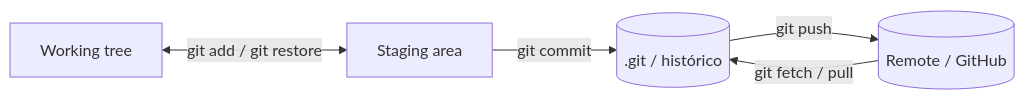
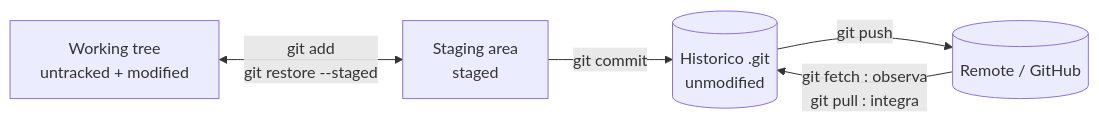
One commit to BerniloBernardo-boot/Git-e-GitHub changed the second of 3 diagrams in 01-Fundamentos/02-Ciclo-de-vida-dos-ficheiros.md. Above: the diagram before and after it, drawn with Mermaid. The commit also changed other lines of this file and 27 other files, not shown here.

````diff
--- a/01-Fundamentos/02-Ciclo-de-vida-dos-ficheiros.md
+++ b/01-Fundamentos/02-Ciclo-de-vida-dos-ficheiros.md
@@ -30,7 +47,7 @@
 ```mermaid
 flowchart LR
-    W[Working tree] <-->|git add / git restore| S[Staging area]
-    S -->|git commit| R[(.git / histórico)]
-    R -->|git push| REM[(Remote / GitHub)]
-    REM -->|git fetch / pull| R
+    W["Working tree<br/>untracked + modified"] <-->|"git add<br/>git restore --staged"| S["Staging area<br/>staged"]
+    S -->|"git commit"| R[("Historico .git<br/>unmodified")]
+    R -->|"git push"| REM[("Remote / GitHub")]
+    REM -->|"git fetch : observa<br/>git pull : integra"| R
 ```
````
